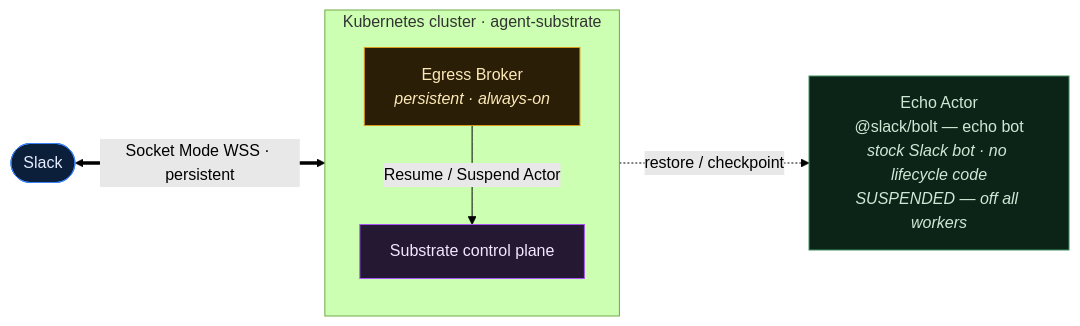
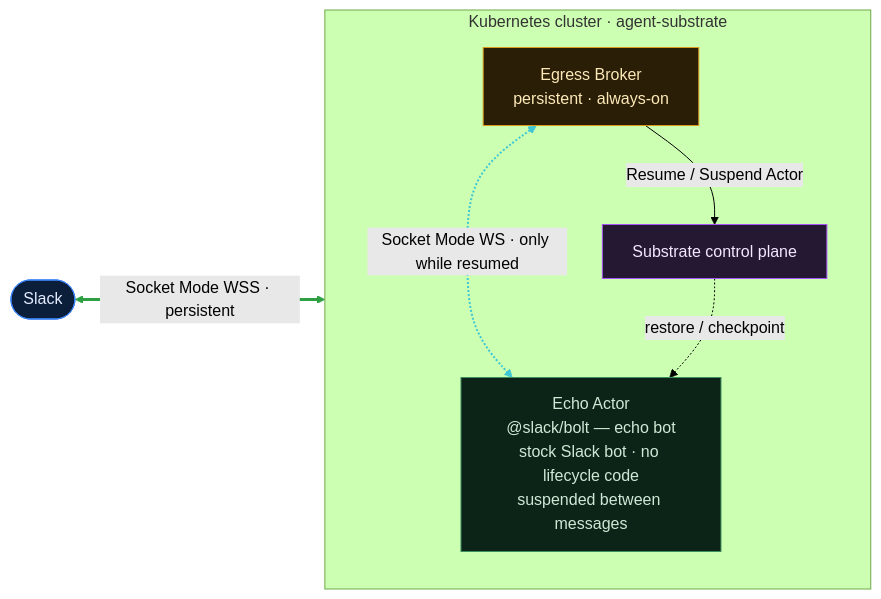
One commit to ronlv10/substrate-ws-poc changed the diagram in README.md. Above: the diagram before and after it, drawn with Mermaid (forest theme).

Commit message:
docs: mermaid architecture diagram
- Actor lives inside the cluster subgraph (only Slack is external).
- Bidirectional WS links (pipe-label form); restore/checkpoint edge.
- Plain-text labels (renderer prints <i> literally).

````diff
--- a/README.md
+++ b/README.md
@@ -27,25 +27,28 @@
 ```mermaid
 flowchart LR
     Slack(["Slack"])
 
     subgraph K8s["Kubernetes cluster · agent-substrate"]
         direction TB
         CP["Substrate control plane"]
-        Broker["Egress Broker<br/><i>persistent · always-on</i>"]
+        Broker["Egress Broker<br/>persistent · always-on"]
+        Actor["Echo Actor<br/>@slack/bolt — echo bot<br/>stock Slack bot · no lifecycle code<br/>suspended between messages"]
         Broker -- "Resume / Suspend Actor" --> CP
+        Broker <-.->|Socket Mode WS · only while resumed| Actor
+        CP -.->|restore / checkpoint| Actor
     end
 
-    Actor["Echo Actor<br/>@slack/bolt — echo bot<br/><i>stock Slack bot · no lifecycle code</i><br/><i>SUSPENDED — off all workers</i>"]
+    Slack <==>|Socket Mode WSS · persistent| Broker
 
-    Slack <== "Socket Mode WSS · persistent" ==> Broker
-    CP -. "restore / checkpoint" .-> Actor
+    linkStyle 3 stroke:#2ea043,stroke-width:3px
+    linkStyle 1 stroke:#3ec7d4,stroke-width:2px
 
     classDef slack fill:#0b1e3a,stroke:#3b82f6,color:#e5edff;
     classDef cp fill:#241833,stroke:#a855f7,color:#f3e8ff;
     classDef broker fill:#2a1e07,stroke:#d99a1c,color:#fde9b8;
     classDef actor fill:#0c2417,stroke:#3f8f5f,color:#cfe8d6;
     class Slack slack
     class CP cp
     class Broker broker
     class Actor actor
 ```
````
